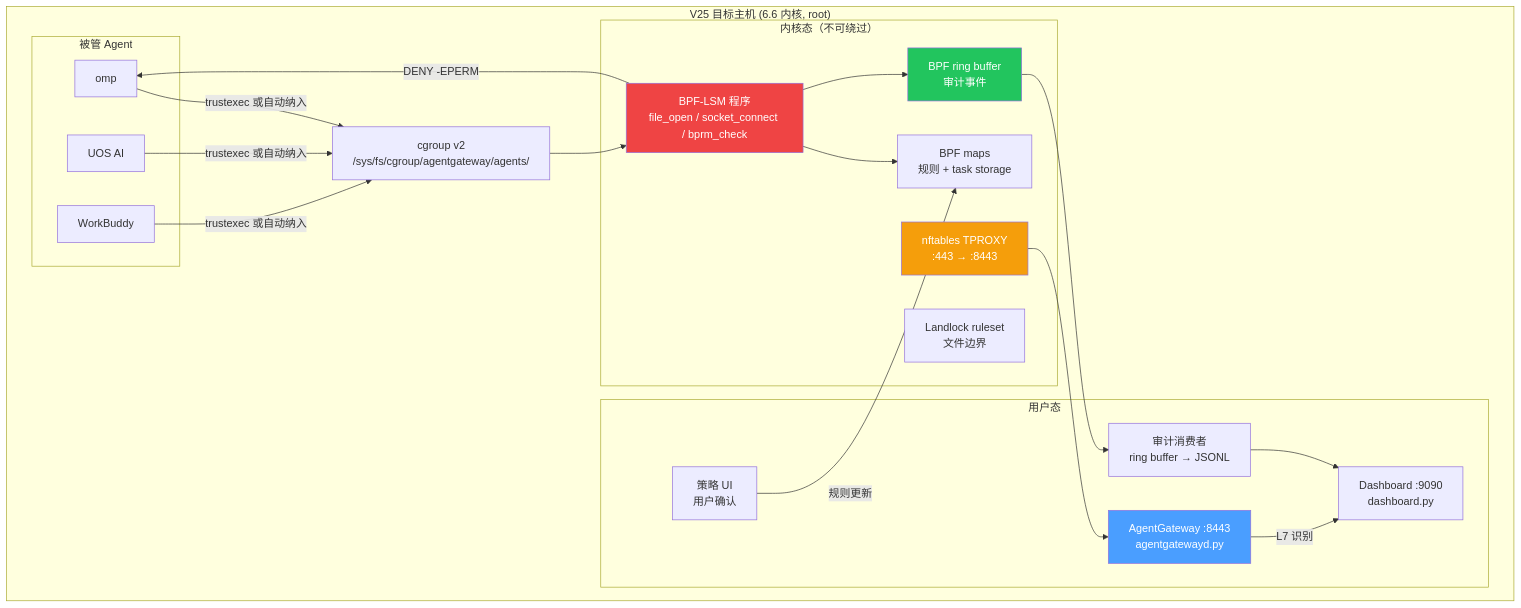
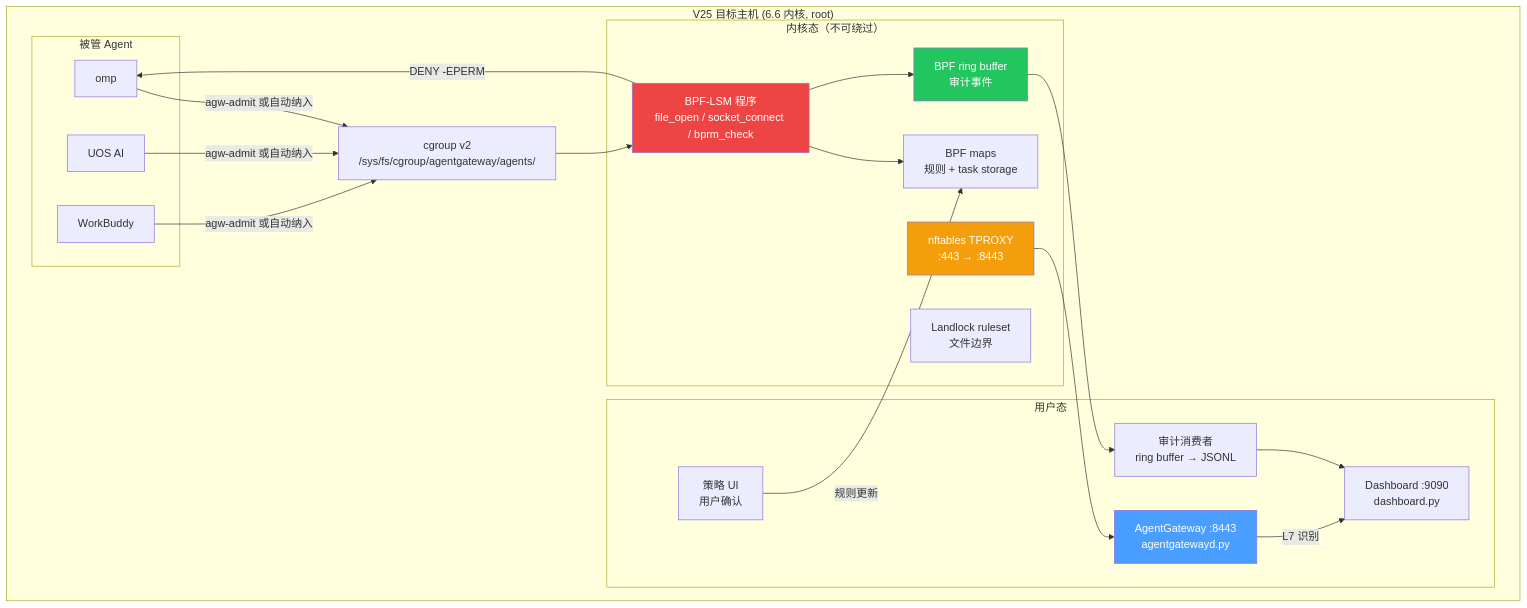
One commit to eric2023/agentgateway changed the fourth of 4 diagrams in specs/方案B_BPF-LSM内核级管控_6.6内核.md. Above: the diagram before and after it, drawn with Mermaid. The commit also changed other lines of this file and 10 other files, not shown here.

First line of the commit message:
refactor: trustexec.sh → agw-admit.sh（名称与实际语义一致）

````diff
--- a/specs/方案B_BPF-LSM内核级管控_6.6内核.md
+++ b/specs/方案B_BPF-LSM内核级管控_6.6内核.md
@@ -349,42 +349,42 @@
 ```mermaid
 graph TB
     subgraph V25主机["V25 目标主机 (6.6 内核, root)"]
         subgraph 内核态["内核态（不可绕过）"]
             BPFProg["BPF-LSM 程序<br/>file_open / socket_connect / bprm_check"]
             BPFMap["BPF maps<br/>规则 + task storage"]
             RingBuf["BPF ring buffer<br/>审计事件"]
             NftRule["nftables TPROXY<br/>:443 → :8443"]
             LandlockR["Landlock ruleset<br/>文件边界"]
         end
 
         subgraph 用户态["用户态"]
             GW["AgentGateway :8443<br/>agentgatewayd.py"]
             Dash["Dashboard :9090<br/>dashboard.py"]
             Consumer["审计消费者<br/>ring buffer → JSONL"]
             PolicyUI["策略 UI<br/>用户确认"]
         end
 
         subgraph 被管Agent["被管 Agent"]
             Agent1["omp"]
             Agent2["UOS AI"]
             Agent3["WorkBuddy"]
         end
 
         CgroupA["cgroup v2<br/>/sys/fs/cgroup/agentgateway/agents/"]
-        Agent1 & Agent2 & Agent3 -->|"trustexec 或自动纳入"| CgroupA
+        Agent1 & Agent2 & Agent3 -->|"agw-admit 或自动纳入"| CgroupA
         CgroupA --> BPFProg
         BPFProg --> BPFMap
         BPFProg --> RingBuf
         RingBuf --> Consumer
         Consumer --> Dash
         NftRule --> GW
         GW -->|"L7 识别"| Dash
         PolicyUI -->|"规则更新"| BPFMap
         BPFProg -->|"DENY -EPERM"| Agent1
     end
 
     style BPFProg fill:#ef4444,color:#fff
     style NftRule fill:#f59e0b,color:#fff
     style GW fill:#4a9eff,color:#fff
     style RingBuf fill:#22c55e,color:#fff
 ```
````
